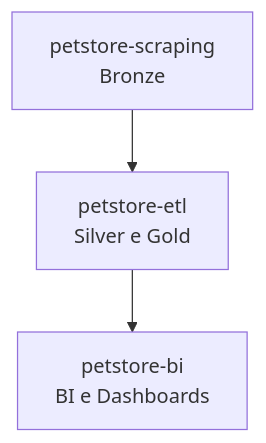
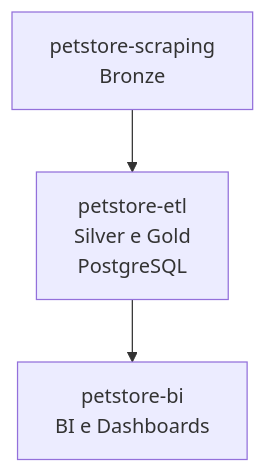
The diagram in README.md (rafa-trindade/petstore-pipeline), drawn with Mermaid before and after one commit. The commit also changed other lines of this file, not shown here.

````diff
--- a/README.md
+++ b/README.md
@@ -26,5 +26,5 @@
 ```mermaid
 graph TD
-    A[petstore-scraping<br>Bronze] --> B[petstore-etl<br>Silver e Gold]
+    A[petstore-scraping<br>Bronze] --> B[petstore-etl<br>Silver e Gold<br>PostgreSQL]
     B --> C[petstore-bi<br>BI e Dashboards]
 ```
````
